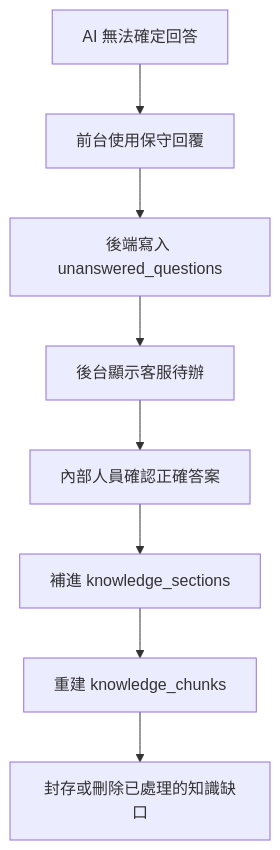
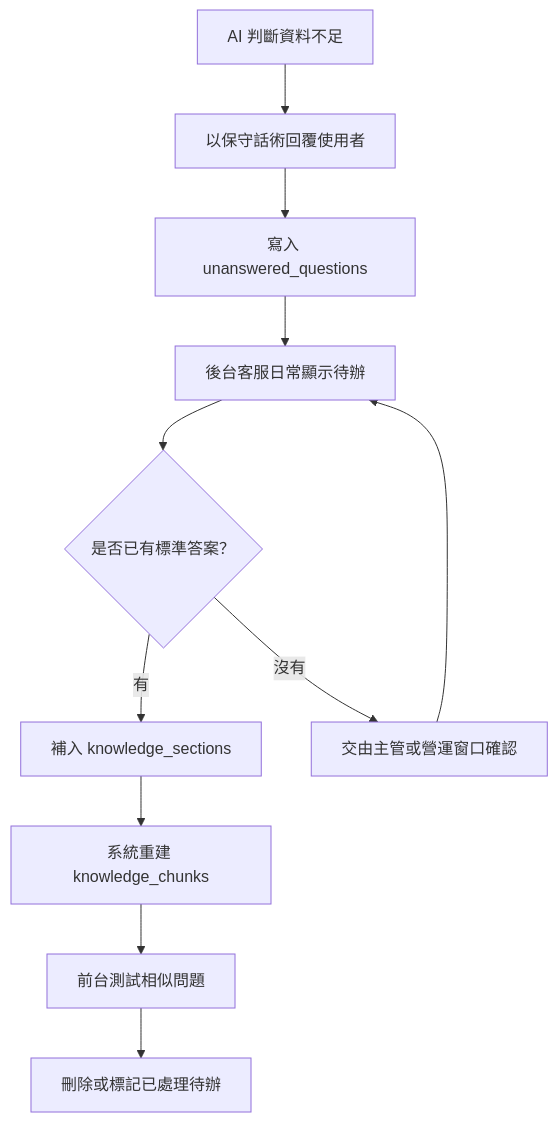
Before and after one commit to jameswu504-hash/ecoco-customer-servic: the third of 4 diagrams in docs/CUSTOMER_SERVICE_FLOW.md, drawn with Mermaid. The commit also changed other lines of this file and 10 other files, not shown here.

````diff
--- a/docs/CUSTOMER_SERVICE_FLOW.md
+++ b/docs/CUSTOMER_SERVICE_FLOW.md
@@ -64,10 +79,13 @@
 ```mermaid
 flowchart TD
-  A["AI 無法確定回答"] --> B["前台使用保守回覆"]
-  B --> C["後端寫入 unanswered_questions"]
-  C --> D["後台顯示客服待辦"]
-  D --> E["內部人員確認正確答案"]
-  E --> F["補進 knowledge_sections"]
-  F --> G["重建 knowledge_chunks"]
-  G --> H["封存或刪除已處理的知識缺口"]
+  A["AI 判斷資料不足"] --> B["以保守話術回覆使用者"]
+  B --> C["寫入 unanswered_questions"]
+  C --> D["後台客服日常顯示待辦"]
+  D --> E{"是否已有標準答案？"}
+  E -- "有" --> F["補入 knowledge_sections"]
+  F --> G["系統重建 knowledge_chunks"]
+  G --> H["前台測試相似問題"]
+  H --> I["刪除或標記已處理待辦"]
+  E -- "沒有" --> J["交由主管或營運窗口確認"]
+  J --> D
 ```
````
